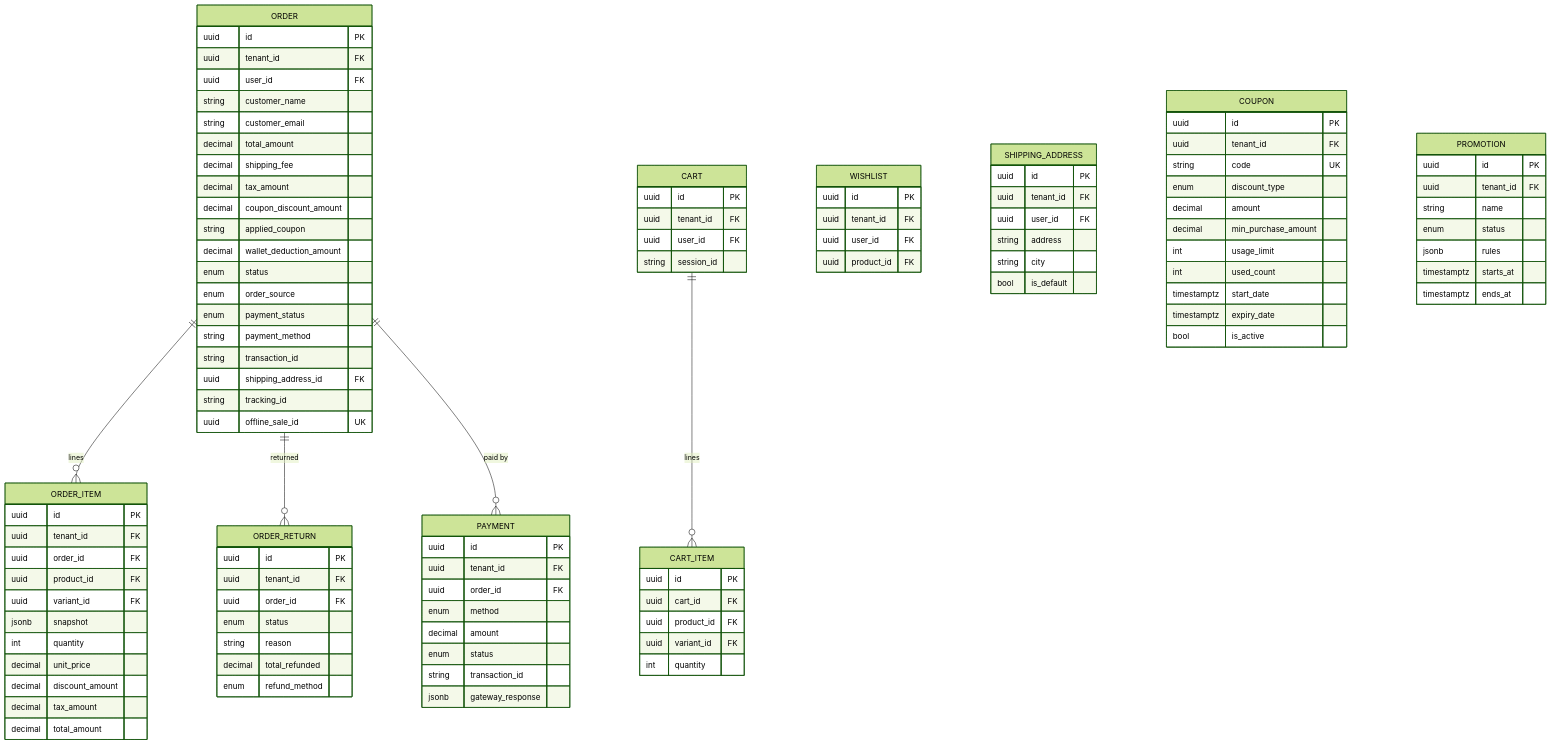
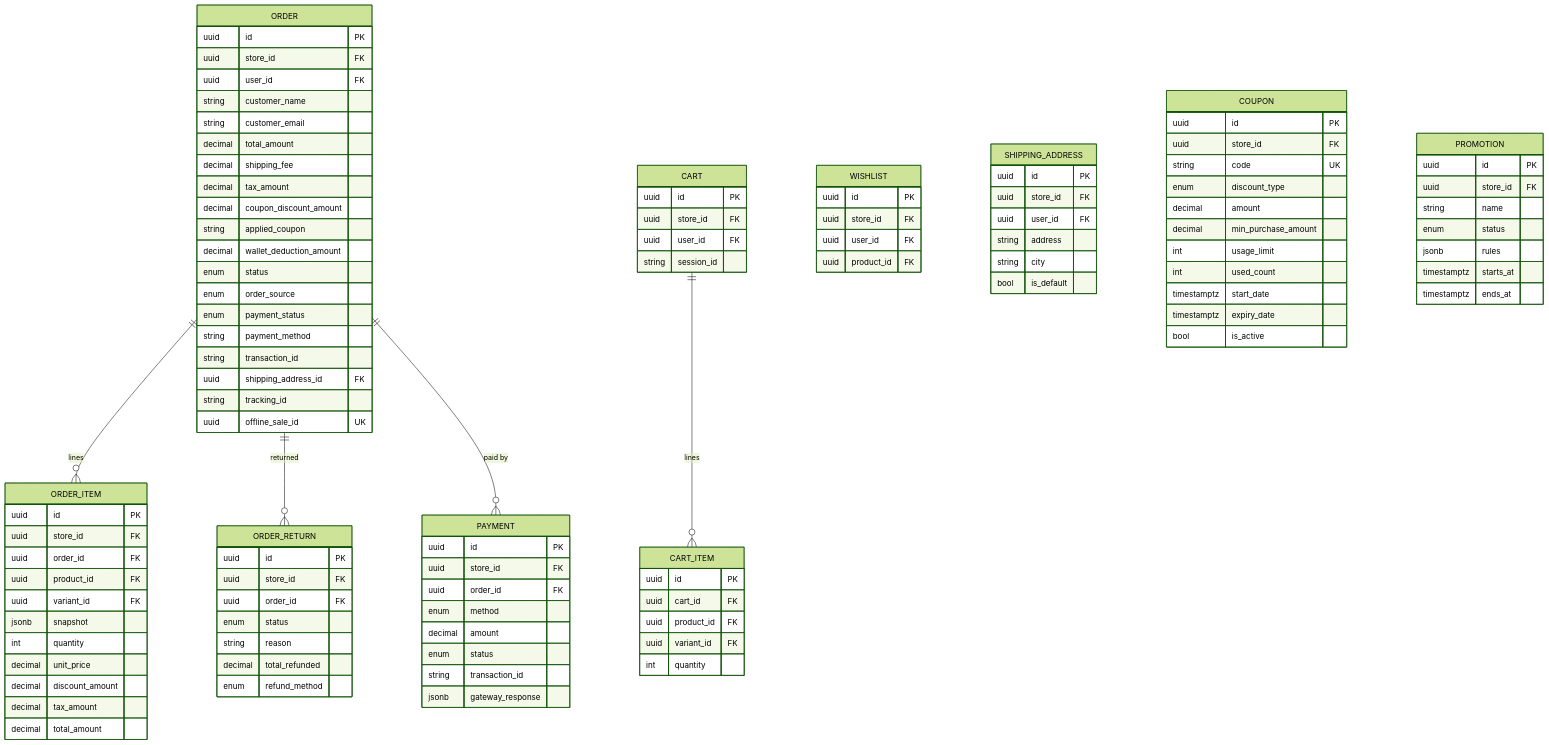
One commit to gowtamkumar/eCommerce-multi-store-saas-erp changed the fifth of 14 diagrams in doc/system-design/erp_master_database_design.md. Above: the diagram before and after it, drawn with Mermaid (forest theme). The commit also changed other lines of this file and 764 other files, not shown here.

```diff
--- a/doc/system-design/erp_master_database_design.md
+++ b/doc/system-design/erp_master_database_design.md
@@ -481,7 +481,7 @@
 erDiagram
   ORDER {
     uuid id PK
-    uuid tenant_id FK
+    uuid store_id FK
     uuid user_id FK
     string customer_name
     string customer_email
@@ -502,7 +502,7 @@
   }
   ORDER_ITEM {
     uuid id PK
-    uuid tenant_id FK
+    uuid store_id FK
     uuid order_id FK
     uuid product_id FK
     uuid variant_id FK
@@ -515,7 +515,7 @@
   }
   ORDER_RETURN {
     uuid id PK
-    uuid tenant_id FK
+    uuid store_id FK
     uuid order_id FK
     enum status
     string reason
@@ -524,7 +524,7 @@
   }
   PAYMENT {
     uuid id PK
-    uuid tenant_id FK
+    uuid store_id FK
     uuid order_id FK
     enum method
     decimal amount
@@ -534,7 +534,7 @@
   }
   CART {
     uuid id PK
-    uuid tenant_id FK
+    uuid store_id FK
     uuid user_id FK
     string session_id
   }
@@ -547,13 +547,13 @@
   }
   WISHLIST {
     uuid id PK
-    uuid tenant_id FK
+    uuid store_id FK
     uuid user_id FK
     uuid product_id FK
   }
   SHIPPING_ADDRESS {
     uuid id PK
-    uuid tenant_id FK
+    uuid store_id FK
     uuid user_id FK
     string address
     string city
@@ -561,7 +561,7 @@
   }
   COUPON {
     uuid id PK
-    uuid tenant_id FK
+    uuid store_id FK
     string code UK
     enum discount_type
     decimal amount
@@ -574,7 +574,7 @@
   }
   PROMOTION {
     uuid id PK
-    uuid tenant_id FK
+    uuid store_id FK
     string name
     enum status
     jsonb rules
```
